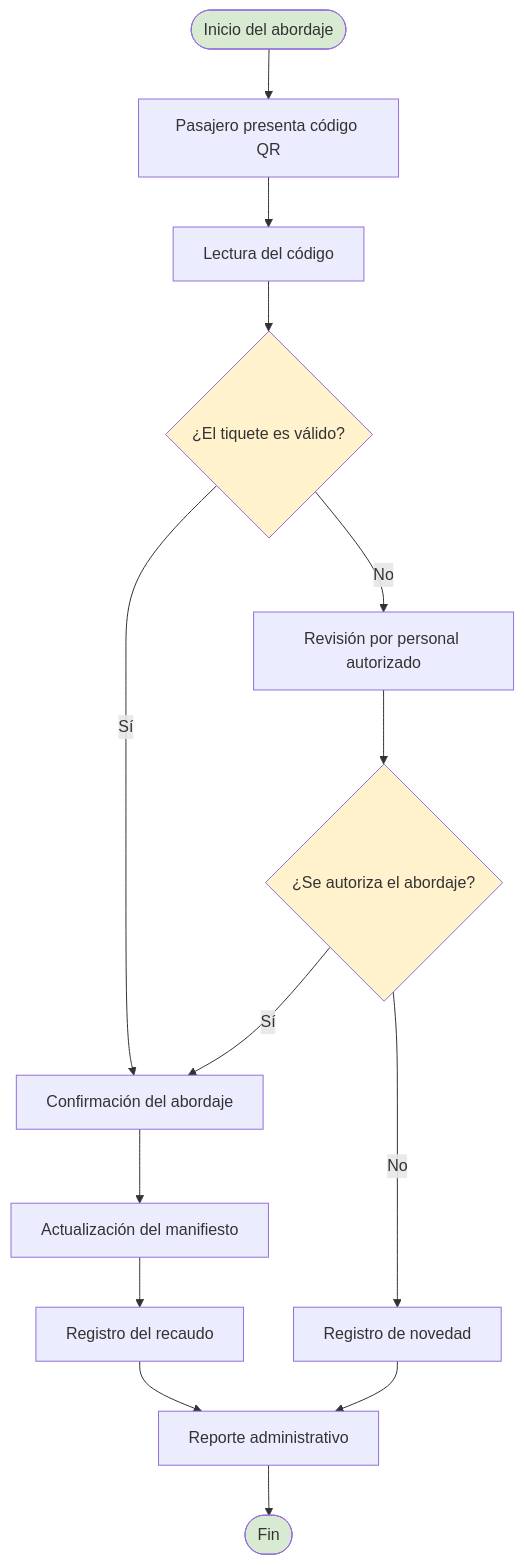
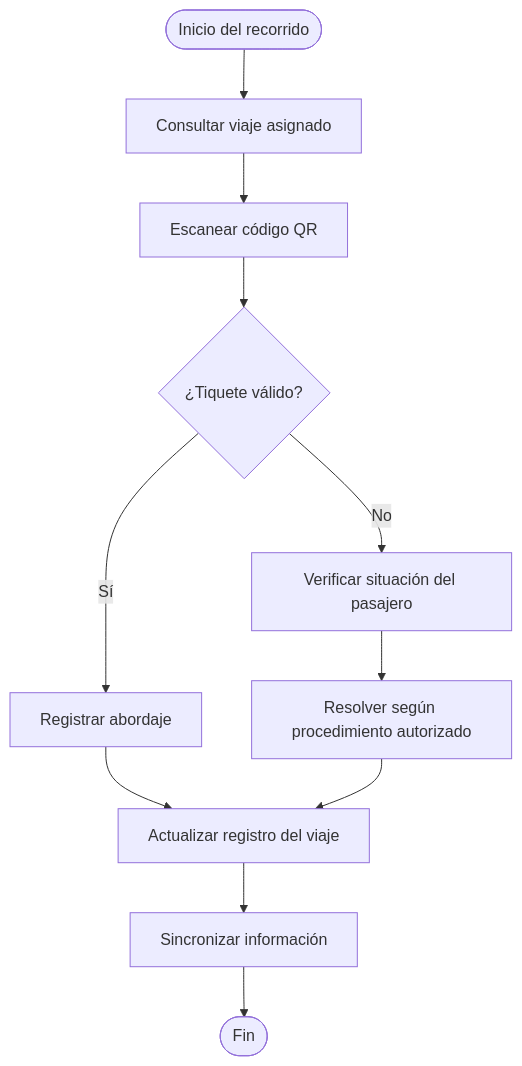
Before and after one commit to santiyn2/arquitectura-empresarial-cootransoriente-ucc: the tenth of 11 diagrams in Arquitectura de negocio y diagnóstico empresarial.md, drawn with Mermaid. The commit also changed other lines of this file, not shown here.

````diff
--- a/Arquitectura de negocio y diagnóstico empresarial.md
+++ b/Arquitectura de negocio y diagnóstico empresarial.md
@@ -704,21 +704,13 @@
 ```mermaid
 flowchart TD
-    A([Inicio del abordaje]) --> B[Pasajero presenta código QR]
-    B --> C[Lectura del código]
-    C --> D{¿El tiquete es válido?}
-    D -->|Sí| E[Confirmación del abordaje]
-    D -->|No| F[Revisión por personal autorizado]
-    F --> G{¿Se autoriza el abordaje?}
-    G -->|Sí| E
-    G -->|No| H[Registro de novedad]
-    E --> I[Actualización del manifiesto]
-    I --> J[Registro del recaudo]
-    J --> K[Reporte administrativo]
-    H --> K
-    K --> L([Fin])
-
-    style A fill:#d9ead3
-    style D fill:#fff2cc
-    style G fill:#fff2cc
-    style L fill:#d9ead3
+ A([Inicio del recorrido]) --> B[Consultar viaje asignado]
+ B --> C[Escanear código QR]
+ C --> D{¿Tiquete válido?}
+ D -->|Sí| E[Registrar abordaje]
+ D -->|No| F[Verificar situación del pasajero]
+ F --> G[Resolver según procedimiento autorizado]
+ E --> H[Actualizar registro del viaje]
+ G --> H
+ H --> I[Sincronizar información]
+ I --> J([Fin])
 ```
````
